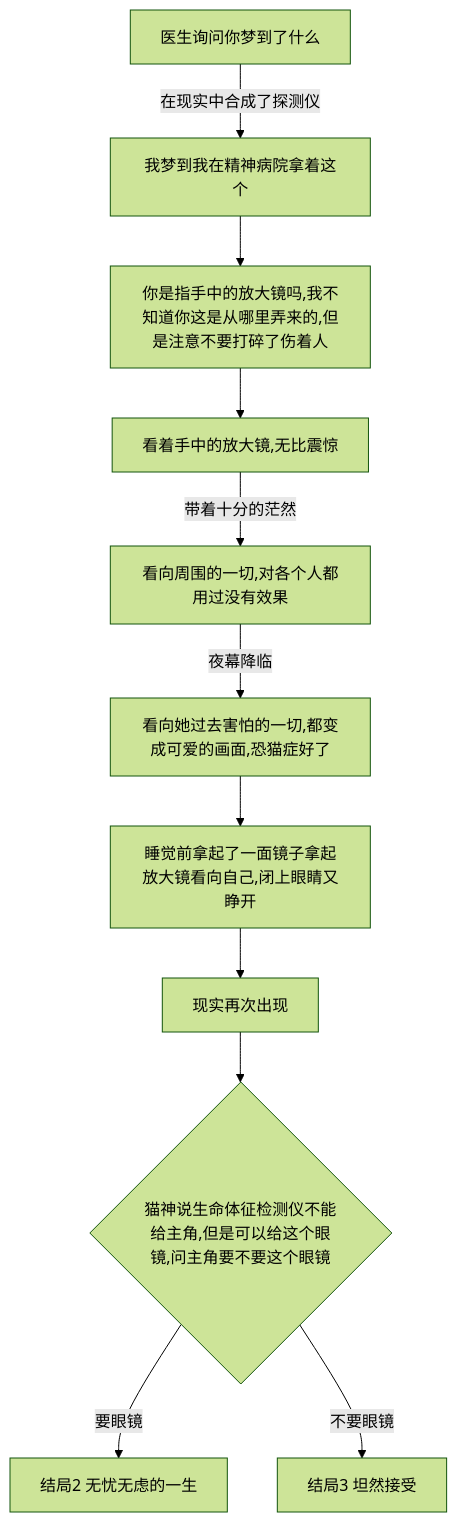
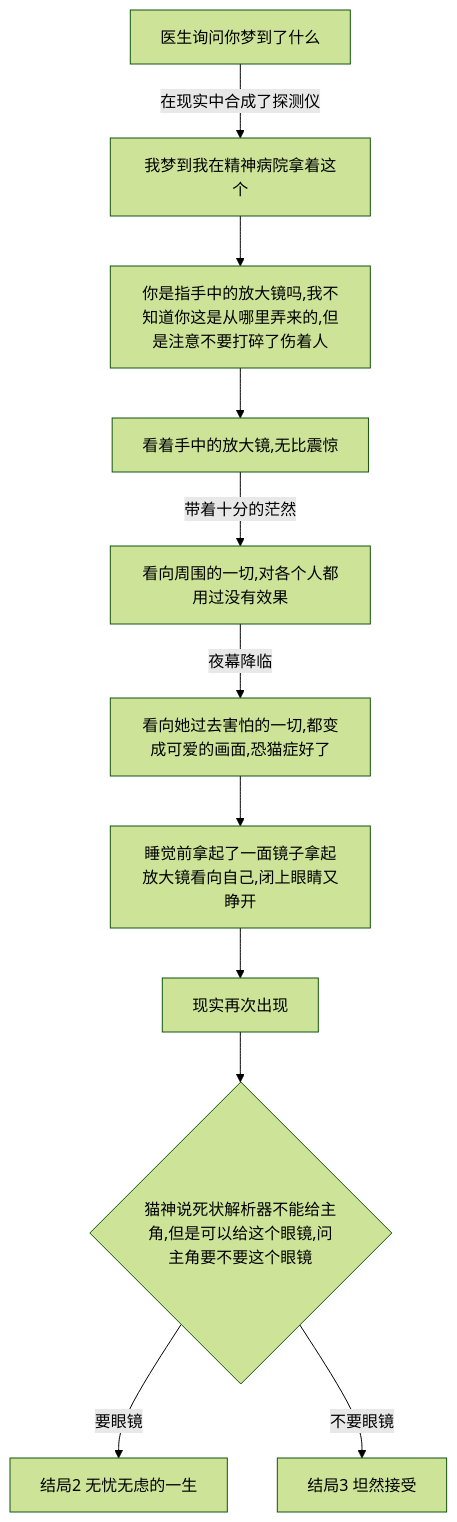
The fifth of 5 diagrams in readme.md (chichinohaha/nekogami), drawn with Mermaid (forest theme) before and after one commit. The commit also changed other lines of this file and 1 other file, not shown here.

````diff
--- a/readme.md
+++ b/readme.md
@@ -711,14 +717,14 @@
 ```mermaid
 graph TD;
 ask[医生询问你梦到了什么]-->|在现实中合成了探测仪|answer2[我梦到我在精神病院拿着这个];
 answer2-->ask2[你是指手中的放大镜吗,我不知道你这是从哪里弄来的,但是注意不要打碎了伤着人];
 ask2-->lookat[看着手中的放大镜,无比震惊];
 lookat-->|带着十分的茫然|lookat2[看向周围的一切,对各个人都用过没有效果];
 lookat2-->|夜幕降临|lookat3[看向她过去害怕的一切,都变成可爱的画面,恐猫症好了];
 lookat3-->sleep5[睡觉前拿起了一面镜子拿起放大镜看向自己,闭上眼睛又睁开];
 sleep5-->again[现实再次出现];
-again-->nekoask{猫神说生命体征检测仪不能给主角,但是可以给这个眼镜,问主角要不要这个眼镜};
+again-->nekoask{猫神说死状解析器不能给主角,但是可以给这个眼镜,问主角要不要这个眼镜};
 nekoask-->|要眼镜|ending2[结局2 无忧无虑的一生]
 nekoask-->|不要眼镜|ending3[结局3 坦然接受]
 
 ```
````
